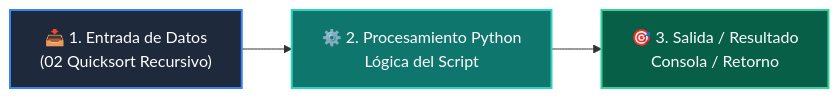
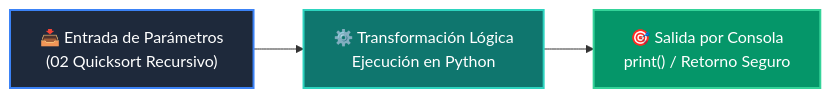
One commit to wisrovi/wisrovi-python changed the diagram in 02-algoritmos-estructuras/clase-05-algoritmos-ordenamiento/ejemplos/ejemplo_02_quicksort_recursivo/README.md. Above: the diagram before and after it, drawn with Mermaid. The commit also changed other lines of this file and 226 other files, not shown here.

Commit message:
docs: elevate all repository READMEs to world-class mastery standard with rich pedagogical architecture, custom Mermaids, and professional styling

````diff
--- a/02-algoritmos-estructuras/clase-05-algoritmos-ordenamiento/ejemplos/ejemplo_02_quicksort_recursivo/README.md
+++ b/02-algoritmos-estructuras/clase-05-algoritmos-ordenamiento/ejemplos/ejemplo_02_quicksort_recursivo/README.md
@@ -12,9 +19,9 @@
 ```mermaid
 flowchart LR
-    A["📥 1. Entrada de Datos<br/>(02 Quicksort Recursivo)"] --> B["⚙️ 2. Procesamiento Python<br/>Lógica del Script"]
-    B --> C["🎯 3. Salida / Resultado<br/>Consola / Retorno"]
+    A["📥 Entrada de Parámetros<br/>(02 Quicksort Recursivo)"] --> B["⚙️ Transformación Lógica<br/>Ejecución en Python"]
+    B --> C["🎯 Salida por Consola<br/>print() / Retorno Seguro"]
 
-    style A fill:#1e293b,color:#fff,stroke:#3b82f6,stroke-width:2px
-    style B fill:#0f766e,color:#fff,stroke:#2dd4bf,stroke-width:2px
-    style C fill:#065f46,color:#fff,stroke:#34d399,stroke-width:2px
+    style A fill:#1e293b,color:#ffffff,stroke:#3b82f6,stroke-width:2px
+    style B fill:#0f766e,color:#ffffff,stroke:#2dd4bf,stroke-width:2px
+    style C fill:#059669,color:#ffffff,stroke:#34d399,stroke-width:2px
 ```
````
